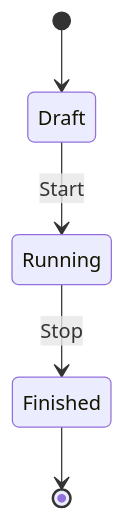
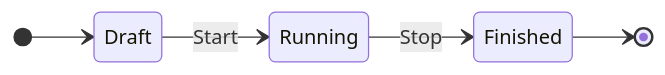
One commit to arifnd/buckpow changed the diagram in docs/user-guide/first-measurement.md. Above: the diagram before and after it, drawn with Mermaid. The commit also changed 25 other files, not shown here.

````diff
--- a/docs/user-guide/first-measurement.md
+++ b/docs/user-guide/first-measurement.md
@@ -20,7 +20,8 @@
 ```mermaid
 stateDiagram-v2
+    direction LR
     [*] --> Draft
     Draft --> Running : Start
     Running --> Finished : Stop
     Finished --> [*]
 ```
````
